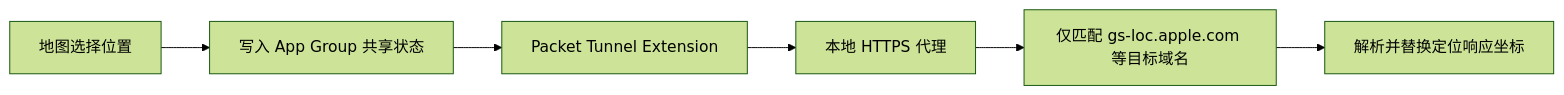
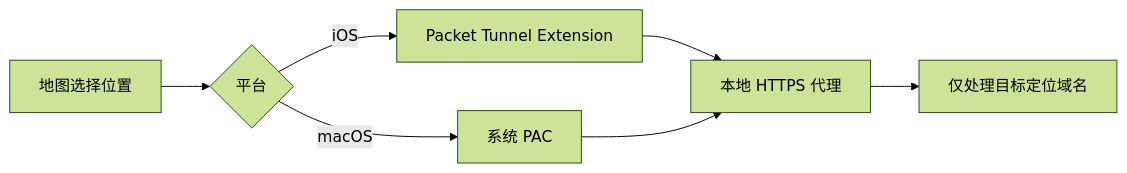
The diagram in README.md (OpenHRTT/wloc), drawn with Mermaid (forest theme) before and after one commit. The commit also changed other lines of this file and 26 other files, not shown here.

````diff
--- a/README.md
+++ b/README.md
@@ -40,8 +40,9 @@
 ```mermaid
 flowchart LR
-    A["地图选择位置"] --> B["写入 App Group 共享状态"]
-    B --> C["Packet Tunnel Extension"]
-    C --> D["本地 HTTPS 代理"]
-    D --> E["仅匹配 gs-loc.apple.com 等目标域名"]
-    E --> F["解析并替换定位响应坐标"]
+    A["地图选择位置"] --> B{"平台"}
+    B -->|"iOS"| C["Packet Tunnel Extension"]
+    B -->|"macOS"| D["系统 PAC"]
+    C --> E["本地 HTTPS 代理"]
+    D --> E
+    E --> F["仅处理目标定位域名"]
 ```
````
